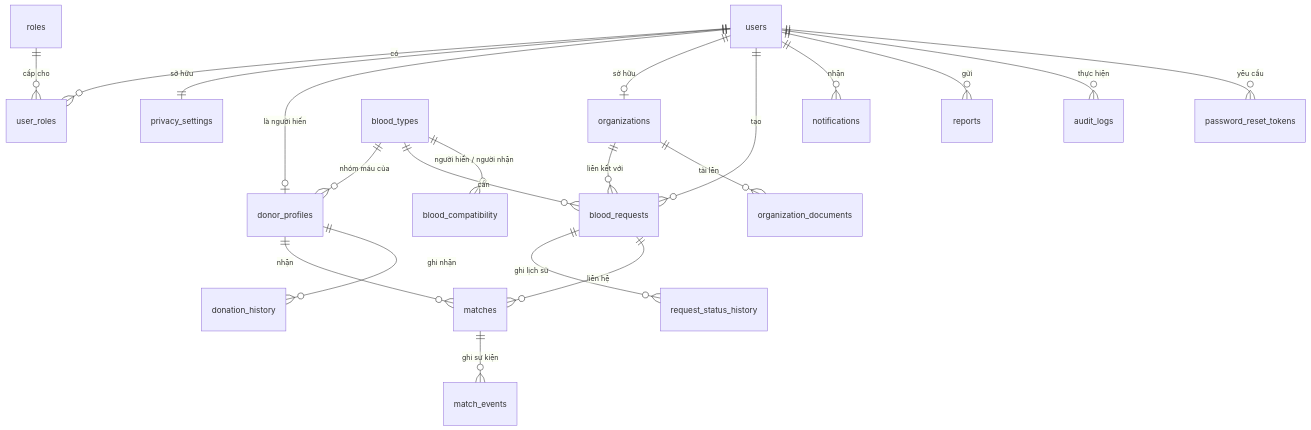
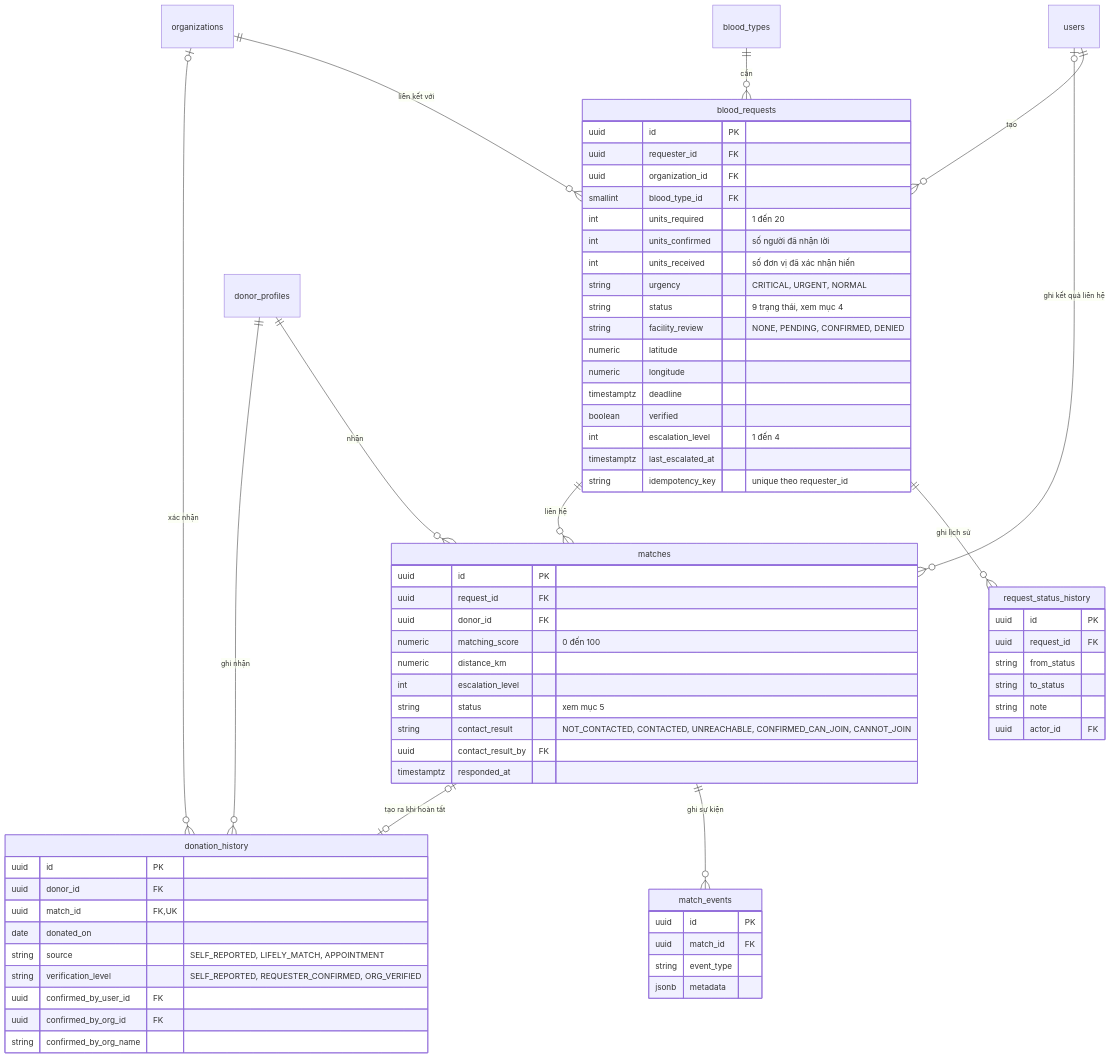
The third of 18 diagrams in docs/ARCHITECTURE.md (nhungoc260/lifely_demo), drawn with Mermaid before and after one commit. The commit also changed other lines of this file and 14 other files, not shown here.

````diff
--- a/docs/ARCHITECTURE.md
+++ b/docs/ARCHITECTURE.md
@@ -29,23 +188,71 @@
 ```mermaid
 erDiagram
-  users ||--o{ user_roles : "có"
-  roles ||--o{ user_roles : "cấp cho"
-  users ||--|| privacy_settings : "sở hữu"
-  users ||--o| donor_profiles : "là người hiến"
-  users ||--o| organizations : "sở hữu"
-  blood_types ||--o{ donor_profiles : "nhóm máu của"
-  blood_types ||--o{ blood_requests : "cần"
-  blood_types ||--o{ blood_compatibility : "người hiến / người nhận"
   users ||--o{ blood_requests : "tạo"
   organizations ||--o{ blood_requests : "liên kết với"
-  organizations ||--o{ organization_documents : "tải lên"
+  blood_types ||--o{ blood_requests : "cần"
   blood_requests ||--o{ request_status_history : "ghi lịch sử"
   blood_requests ||--o{ matches : "liên hệ"
   donor_profiles ||--o{ matches : "nhận"
   matches ||--o{ match_events : "ghi sự kiện"
   donor_profiles ||--o{ donation_history : "ghi nhận"
-  users ||--o{ notifications : "nhận"
-  users ||--o{ reports : "gửi"
-  users ||--o{ audit_logs : "thực hiện"
-  users ||--o{ password_reset_tokens : "yêu cầu"
+  matches |o--o| donation_history : "tạo ra khi hoàn tất"
+  organizations |o--o{ donation_history : "xác nhận"
+  users |o--o{ matches : "ghi kết quả liên hệ"
+
+  blood_requests {
+    uuid id PK
+    uuid requester_id FK
+    uuid organization_id FK
+    smallint blood_type_id FK
+    int units_required "1 đến 20"
+    int units_confirmed "số người đã nhận lời"
+    int units_received "số đơn vị đã xác nhận hiến"
+    string urgency "CRITICAL, URGENT, NORMAL"
+    string status "9 trạng thái, xem mục 4"
+    string facility_review "NONE, PENDING, CONFIRMED, DENIED"
+    numeric latitude
+    numeric longitude
+    timestamptz deadline
+    boolean verified
+    int escalation_level "1 đến 4"
+    timestamptz last_escalated_at
+    string idempotency_key "unique theo requester_id"
+  }
+  request_status_history {
+    uuid id PK
+    uuid request_id FK
+    string from_status
+    string to_status
+    string note
+    uuid actor_id FK
+  }
+  matches {
+    uuid id PK
+    uuid request_id FK
+    uuid donor_id FK
+    numeric matching_score "0 đến 100"
+    numeric distance_km
+    int escalation_level
+    string status "xem mục 5"
+    string contact_result "NOT_CONTACTED, CONTACTED, UNREACHABLE, CONFIRMED_CAN_JOIN, CANNOT_JOIN"
+    uuid contact_result_by FK
+    timestamptz responded_at
+  }
+  match_events {
+    uuid id PK
+    uuid match_id FK
+    string event_type
+    jsonb metadata
+  }
+  donation_history {
+    uuid id PK
+    uuid donor_id FK
+    uuid match_id FK, UK
+    date donated_on
+    string source "SELF_REPORTED, LIFELY_MATCH, APPOINTMENT"
+    string verification_level "SELF_REPORTED, REQUESTER_CONFIRMED, ORG_VERIFIED"
+    uuid confirmed_by_user_id FK
+    uuid confirmed_by_org_id FK
+    string confirmed_by_org_name
+  }
 ```
````
